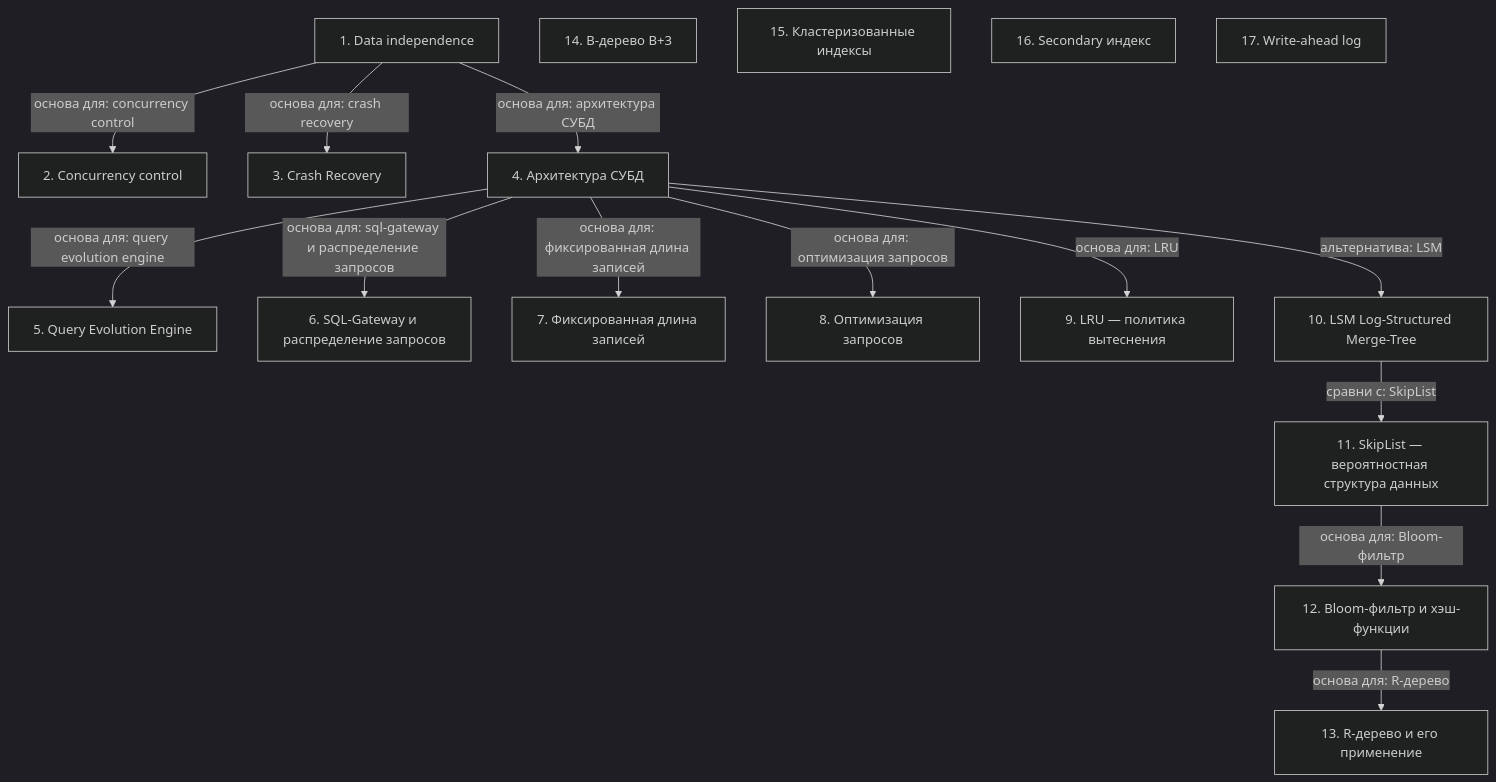
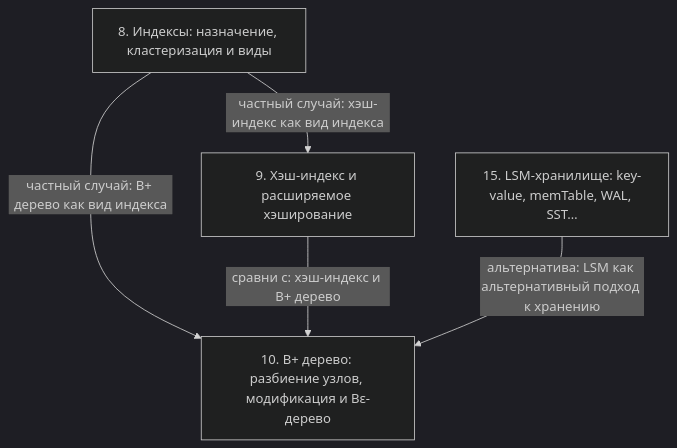
Before and after one commit to AsoloCode/notes: the second of 2 diagrams in SSL.BAND Систем Дизайн/01 - storage/notes.md, drawn with Mermaid (dark theme). The commit also changed other lines of this file and 391 other files, not shown here.

````diff
--- a/SSL.BAND Систем Дизайн/01 - storage/notes.md
+++ b/SSL.BAND Систем Дизайн/01 - storage/notes.md
@@ -185,32 +264,11 @@
 ```mermaid
 flowchart TD
-    n1["1. Data independence"]
-    n2["2. Concurrency control"]
-    n3["3. Crash Recovery"]
-    n4["4. Архитектура СУБД"]
-    n5["5. Query Evolution Engine"]
-    n6["6. SQL-Gateway и распределение запросов"]
-    n7["7. Фиксированная длина записей"]
-    n8["8. Оптимизация запросов"]
-    n9["9. LRU — политика вытеснения"]
-    n10["10. LSM Log-Structured Merge-Tree"]
-    n11["11. SkipList — вероятностная структура данных"]
-    n12["12. Bloom-фильтр и хэш-функции"]
-    n13["13. R-дерево и его применение"]
-    n14["14. B-дерево B+3"]
-    n15["15. Кластеризованные индексы"]
-    n16["16. Secondary индекс"]
-    n17["17. Write-ahead log"]
-    n1 -->|основа для: concurrency control| n2
-    n1 -->|основа для: crash recovery| n3
-    n1 -->|основа для: архитектура СУБД| n4
-    n4 -->|основа для: query evolution engine| n5
-    n4 -->|основа для: sql-gateway и распределение запросов| n6
-    n4 -->|основа для: фиксированная длина записей| n7
-    n4 -->|основа для: оптимизация запросов| n8
-    n4 -->|основа для: LRU| n9
-    n4 -->|альтернатива: LSM| n10
-    n10 -->|сравни с: SkipList| n11
-    n11 -->|основа для: Bloom-фильтр| n12
-    n12 -->|основа для: R-дерево| n13
+    n8["8. Индексы: назначение, кластеризация и виды"]
+    n9["9. Хэш-индекс и расширяемое хэширование"]
+    n10["10. B+ дерево: разбиение узлов, модификация и Bε-дерево"]
+    n15["15. LSM-хранилище: key-value, memTable, WAL, SST…"]
+    n8 -->|частный случай: хэш-индекс как вид индекса| n9
+    n8 -->|частный случай: B+ дерево как вид индекса| n10
+    n9 -->|сравни с: хэш-индекс и B+ дерево| n10
+    n15 -->|альтернатива: LSM как альтернативный подход к хранению| n10
 ```
````
